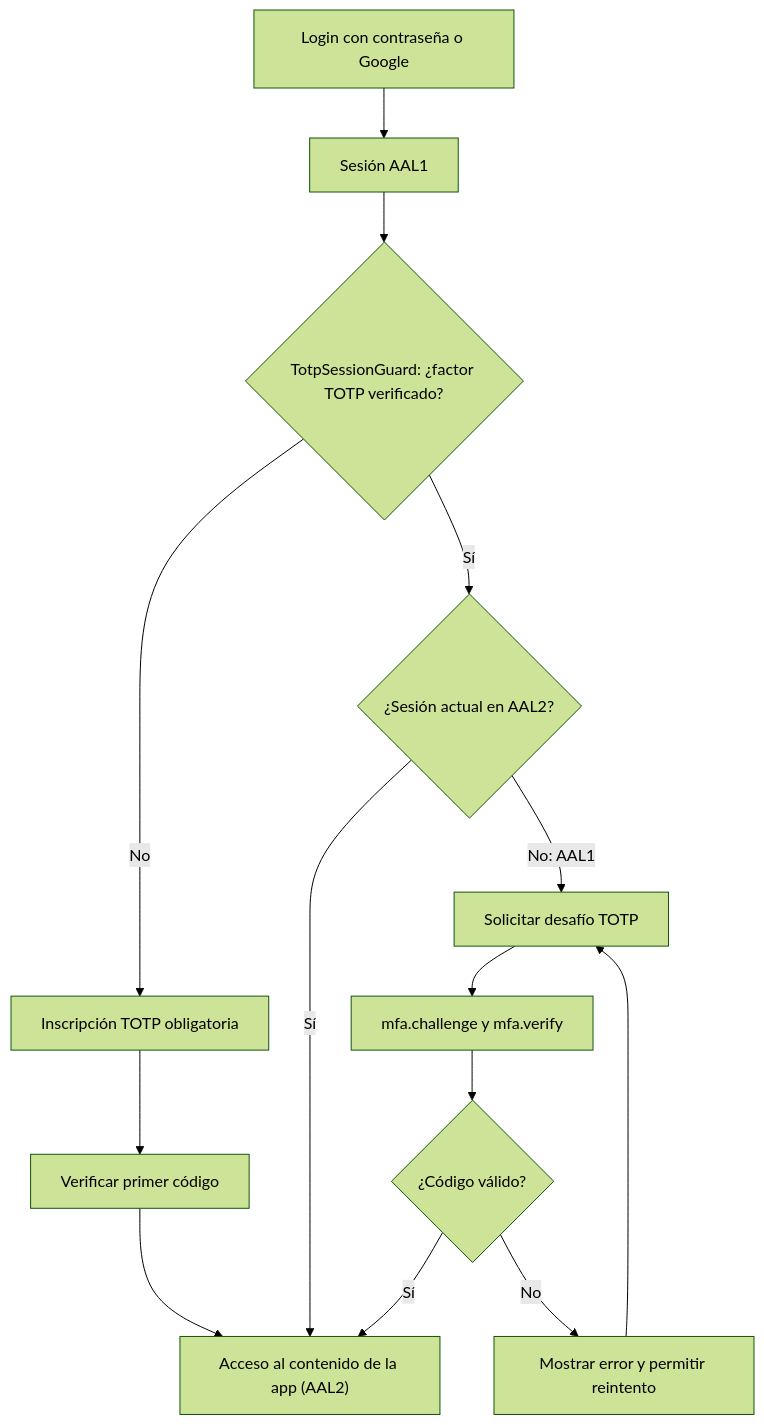
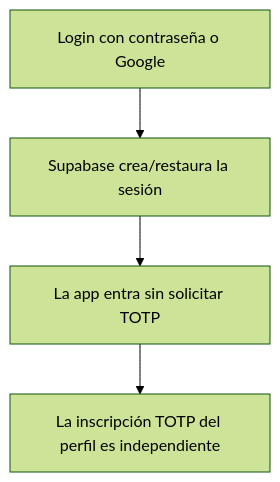
One commit to Trebol4Devop/Comunidad_USAC changed the eighth of 8 diagrams in auth-supabase-login-signup.md. Above: the diagram before and after it, drawn with Mermaid (forest theme). The commit also changed other lines of this file and 8 other files, not shown here.

````diff
--- a/auth-supabase-login-signup.md
+++ b/auth-supabase-login-signup.md
@@ -326,16 +329,6 @@
 ```mermaid
 flowchart TD
-    A["Login con contraseña o Google"] --> B["Sesión AAL1"]
-    B --> C{"TotpSessionGuard: ¿factor TOTP verificado?"}
-    C -->|"No"| D["Inscripción TOTP obligatoria"]
-    D --> E["Verificar primer código"]
-    E --> K["Acceso al contenido de la app (AAL2)"]
-    C -->|"Sí"| F{"¿Sesión actual en AAL2?"}
-    F -->|"Sí"| K
-    F -->|"No: AAL1"| G["Solicitar desafío TOTP"]
-    G --> H["mfa.challenge y mfa.verify"]
-    H --> I{"¿Código válido?"}
-    I -->|"Sí"| K
-    I -->|"No"| J["Mostrar error y permitir reintento"]
-    J --> G
+    A["Login con contraseña o Google"] --> B["Supabase crea/restaura la sesión"]
+    B --> C["La app entra sin solicitar TOTP"]
+    C --> D["La inscripción TOTP del perfil es independiente"]
 ```
````
